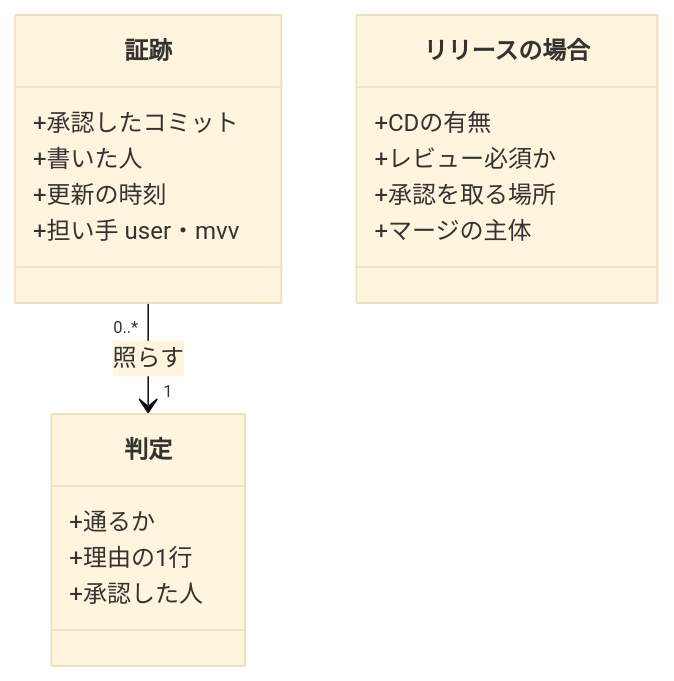
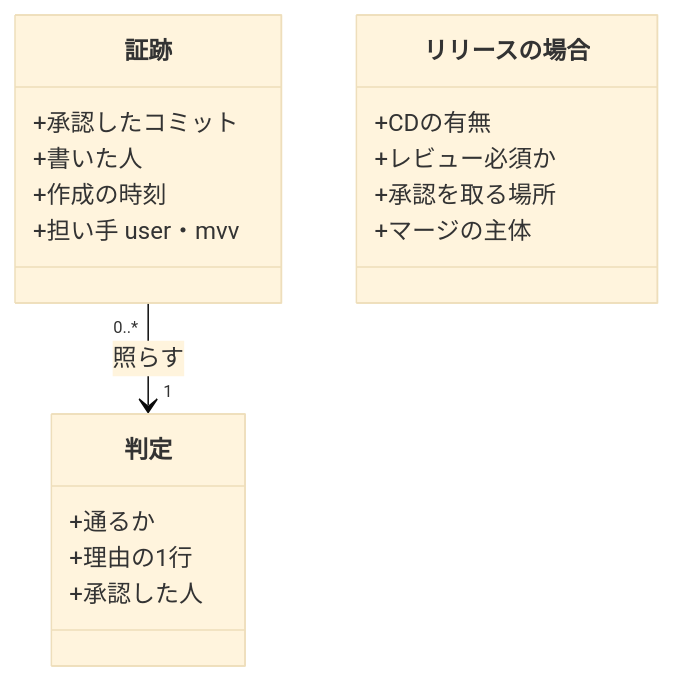
One commit to devbasex/ai-plugins changed the third of 7 diagrams in issues/issue-2773-design.md. Above: the diagram before and after it, drawn with Mermaid (base theme). The commit also changed other lines of this file, not shown here.

````diff
--- a/issues/issue-2773-design.md
+++ b/issues/issue-2773-design.md
@@ -209,21 +212,21 @@
 ```mermaid
 classDiagram
     class 証跡 {
         +承認したコミット
         +書いた人
-        +更新の時刻
+        +作成の時刻
         +担い手 user・mvv
     }
     class 判定 {
         +通るか
         +理由の1行
         +承認した人
     }
     class リリースの場合 {
         +CDの有無
         +レビュー必須か
         +承認を取る場所
         +マージの主体
     }
     証跡 "0..*" --> "1" 判定 : 照らす
 ```
````
